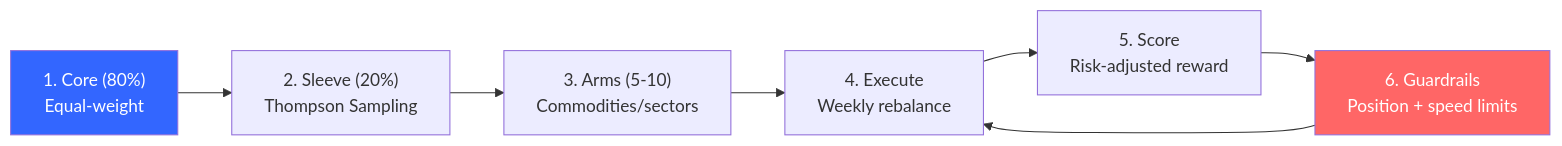
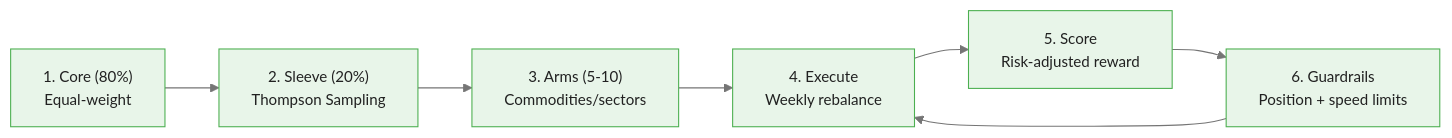
The first of 4 diagrams in courses/multi-armed-bandits-ab-testing/modules/module_05_commodity_trading_bandits/guides/cheatsheet_slides.md (m-deane/course-creator), drawn with Mermaid before and after one commit. The commit also changed other lines of this file and 146 other files, not shown here.

````diff
--- a/courses/multi-armed-bandits-ab-testing/modules/module_05_commodity_trading_bandits/guides/cheatsheet_slides.md
+++ b/courses/multi-armed-bandits-ab-testing/modules/module_05_commodity_trading_bandits/guides/cheatsheet_slides.md
@@ -20,12 +20,10 @@
 ```mermaid
+%%{init: {"theme": "base", "themeVariables": {"primaryColor": "#e8f5e9", "primaryBorderColor": "#4caf50", "primaryTextColor": "#212121", "secondaryColor": "#e3f2fd", "tertiaryColor": "#fff8e1", "lineColor": "#757575", "fontFamily": "Inter, sans-serif", "fontSize": "14px"}}}%%
 flowchart LR
     S1["1. Core (80%)<br/>Equal-weight"] --> S2["2. Sleeve (20%)<br/>Thompson Sampling"]
     S2 --> S3["3. Arms (5-10)<br/>Commodities/sectors"]
     S3 --> S4["4. Execute<br/>Weekly rebalance"]
     S4 --> S5["5. Score<br/>Risk-adjusted reward"]
     S5 --> S6["6. Guardrails<br/>Position + speed limits"]
     S6 --> S4
-
-    style S1 fill:#36f,color:#fff
-    style S6 fill:#f66,color:#fff
 ```
````
